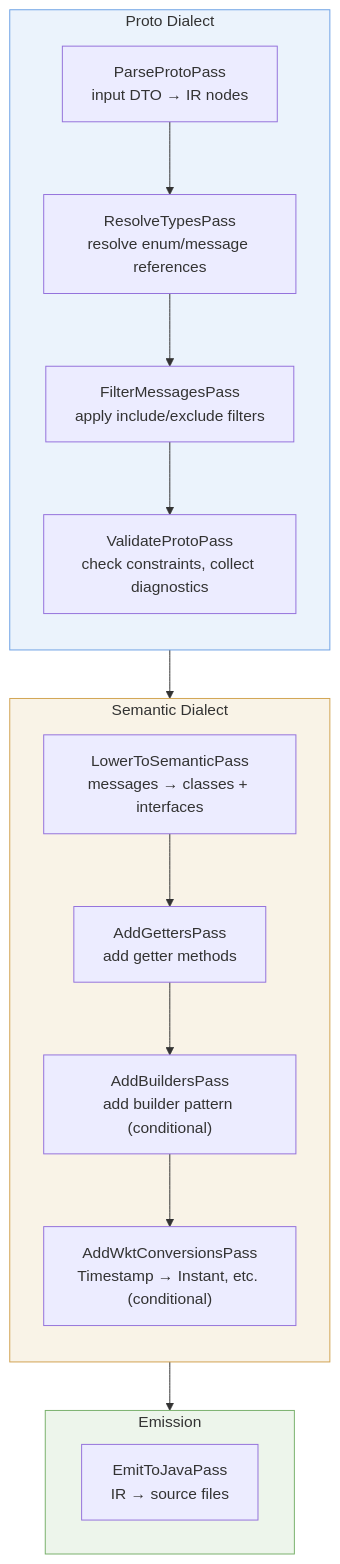
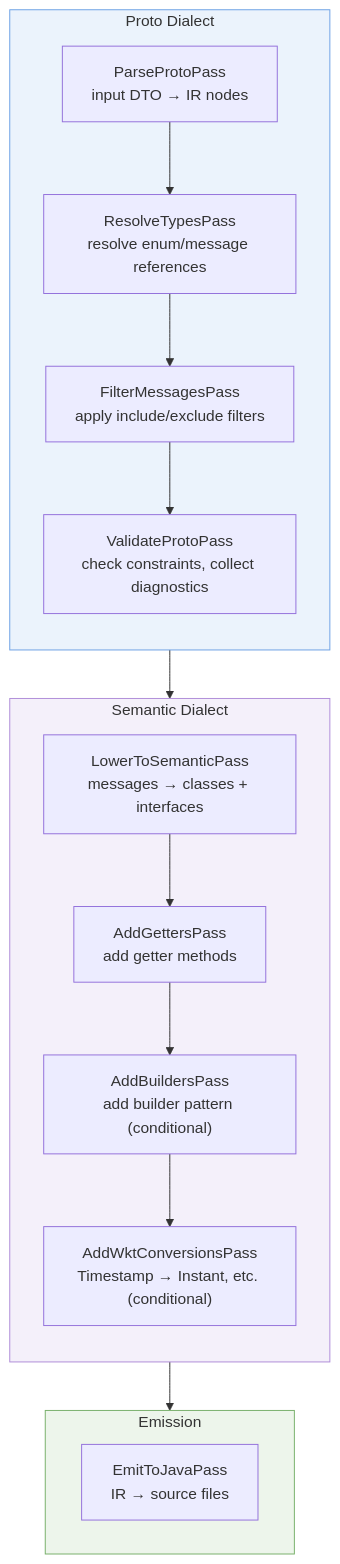
Before and after one commit to alnovis/nebula: the third of 5 diagrams in content/blog/compiler-ideas-for-code-generation.md, drawn with Mermaid. The commit also changed other lines of this file and 20 other files, not shown here.

````diff
--- a/content/blog/compiler-ideas-for-code-generation.md
+++ b/content/blog/compiler-ideas-for-code-generation.md
@@ -118,30 +118,30 @@
 ```mermaid
 flowchart TB
     subgraph proto["Proto Dialect"]
         direction TB
         P1["ParseProtoPass\ninput DTO → IR nodes"]
         P2["ResolveTypesPass\nresolve enum/message references"]
         P3["FilterMessagesPass\napply include/exclude filters"]
         P4["ValidateProtoPass\ncheck constraints, collect diagnostics"]
         P1 --> P2 --> P3 --> P4
     end
 
     subgraph semantic["Semantic Dialect"]
         direction TB
         S1["LowerToSemanticPass\nmessages → classes + interfaces"]
         S2["AddGettersPass\nadd getter methods"]
         S3["AddBuildersPass\nadd builder pattern (conditional)"]
         S4["AddWktConversionsPass\nTimestamp → Instant, etc. (conditional)"]
         S1 --> S2 --> S3 --> S4
     end
 
     subgraph emit["Emission"]
         E1["EmitToJavaPass\nIR → source files"]
     end
 
     proto --> semantic --> emit
 
     style proto fill:#6ca1e522,stroke:#6ca1e5
-    style semantic fill:#d1a24f22,stroke:#d1a24f
+    style semantic fill:#af8cd822,stroke:#af8cd8
     style emit fill:#77b06a22,stroke:#77b06a
 ```
````
